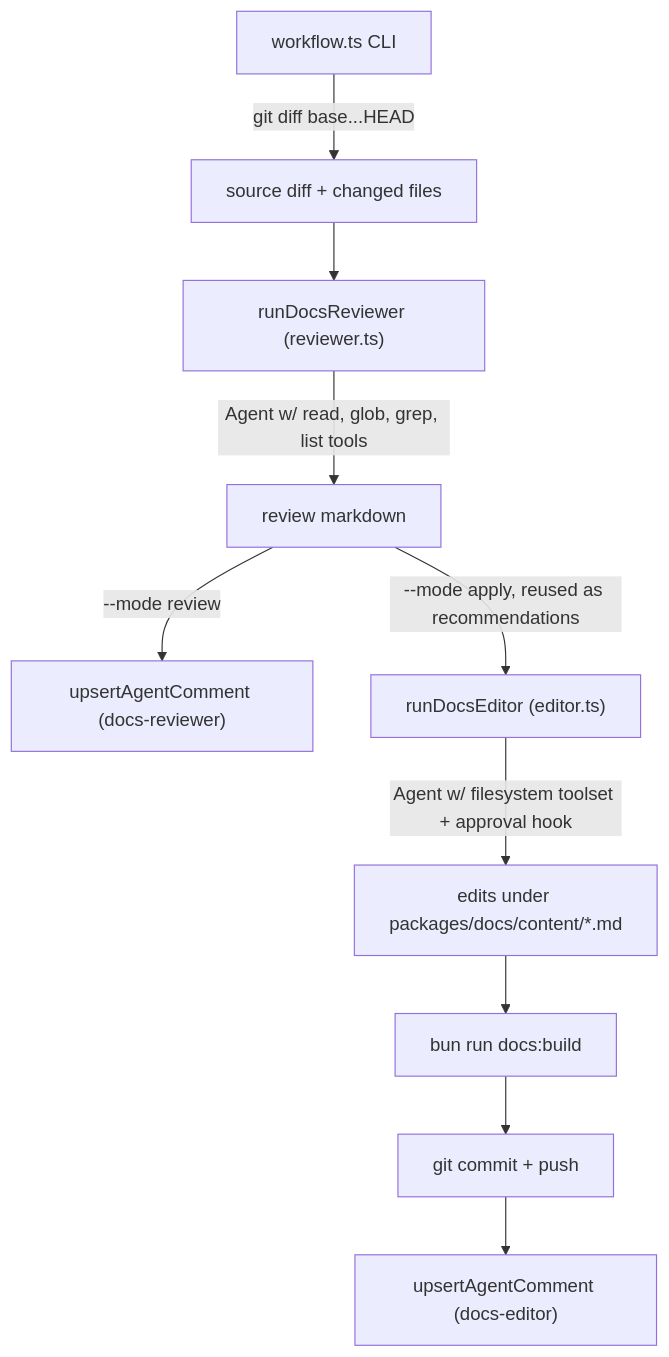
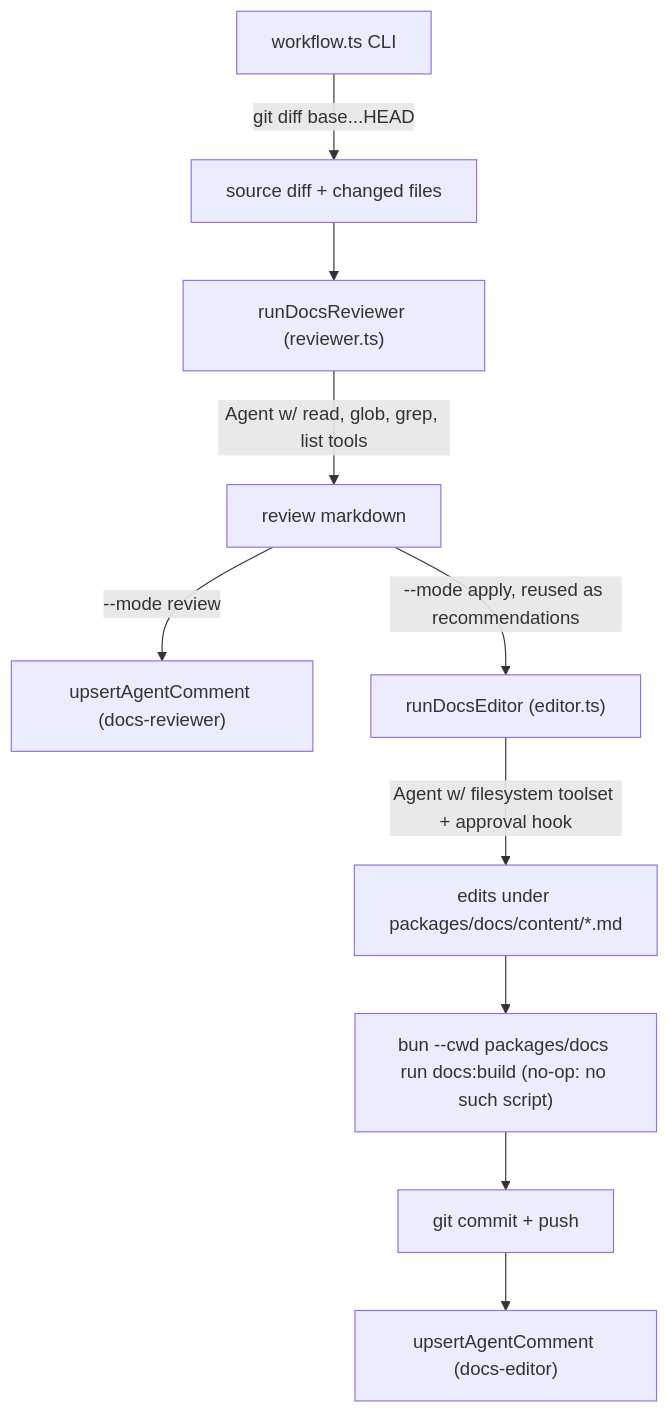
Before and after one commit to humanlayer/agentlayer: the diagram in agents/docs-agent/README.md, drawn with Mermaid. The commit also changed other lines of this file and 10 other files, not shown here.

````diff
--- a/agents/docs-agent/README.md
+++ b/agents/docs-agent/README.md
@@ -25,12 +25,12 @@
 ```mermaid
 flowchart TD
     W["workflow.ts CLI"] -->|git diff base...HEAD| D["source diff + changed files"]
     D --> R["runDocsReviewer (reviewer.ts)"]
     R -->|Agent w/ read, glob, grep, list tools| RV["review markdown"]
     RV -->|--mode review| C1["upsertAgentComment (docs-reviewer)"]
     RV -->|--mode apply, reused as recommendations| E["runDocsEditor (editor.ts)"]
     E -->|Agent w/ filesystem toolset + approval hook| ED["edits under packages/docs/content/*.md"]
-    ED --> B["bun run docs:build"]
+    ED --> B["bun --cwd packages/docs run docs:build (no-op: no such script)"]
     B --> G["git commit + push"]
     G --> C2["upsertAgentComment (docs-editor)"]
 ```
````
